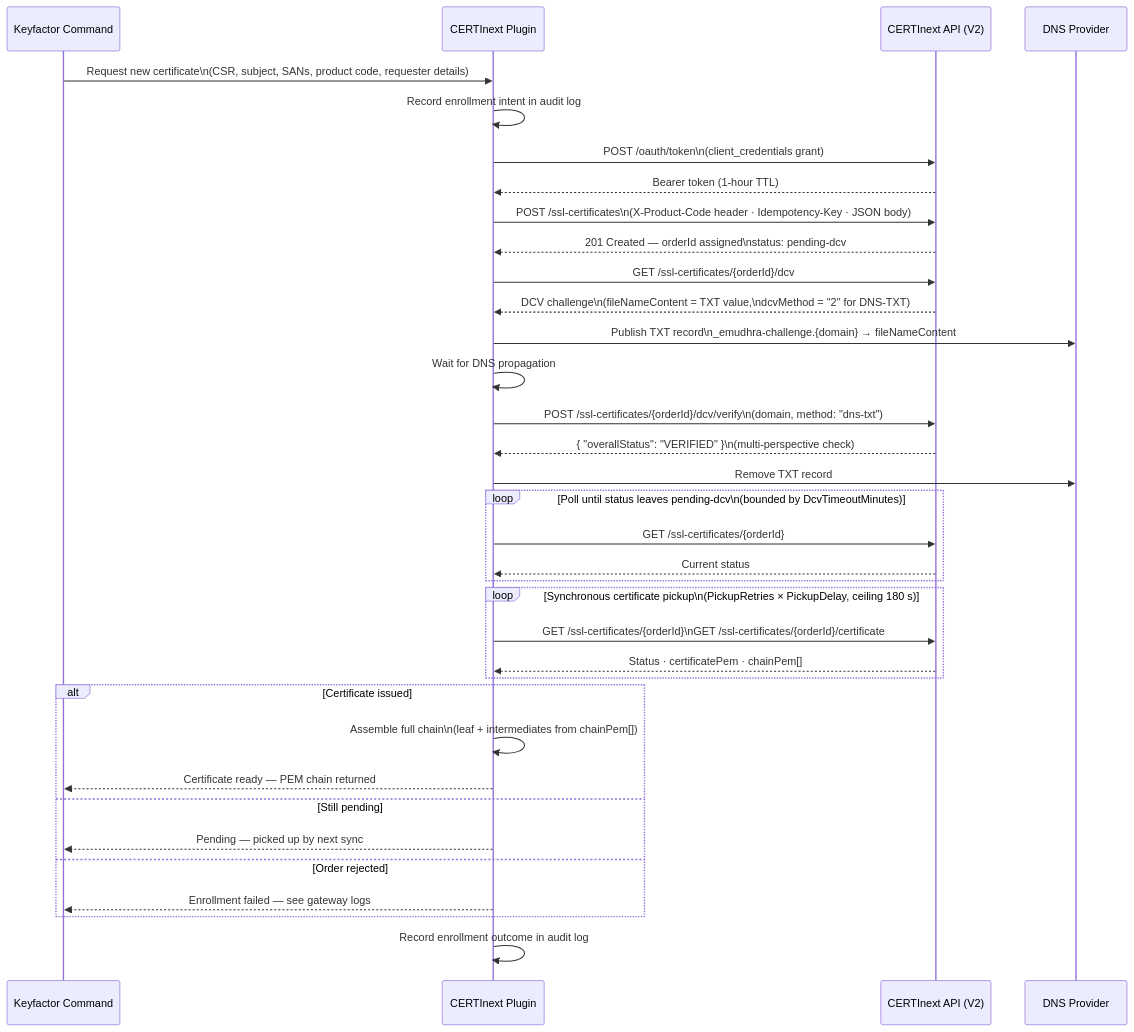
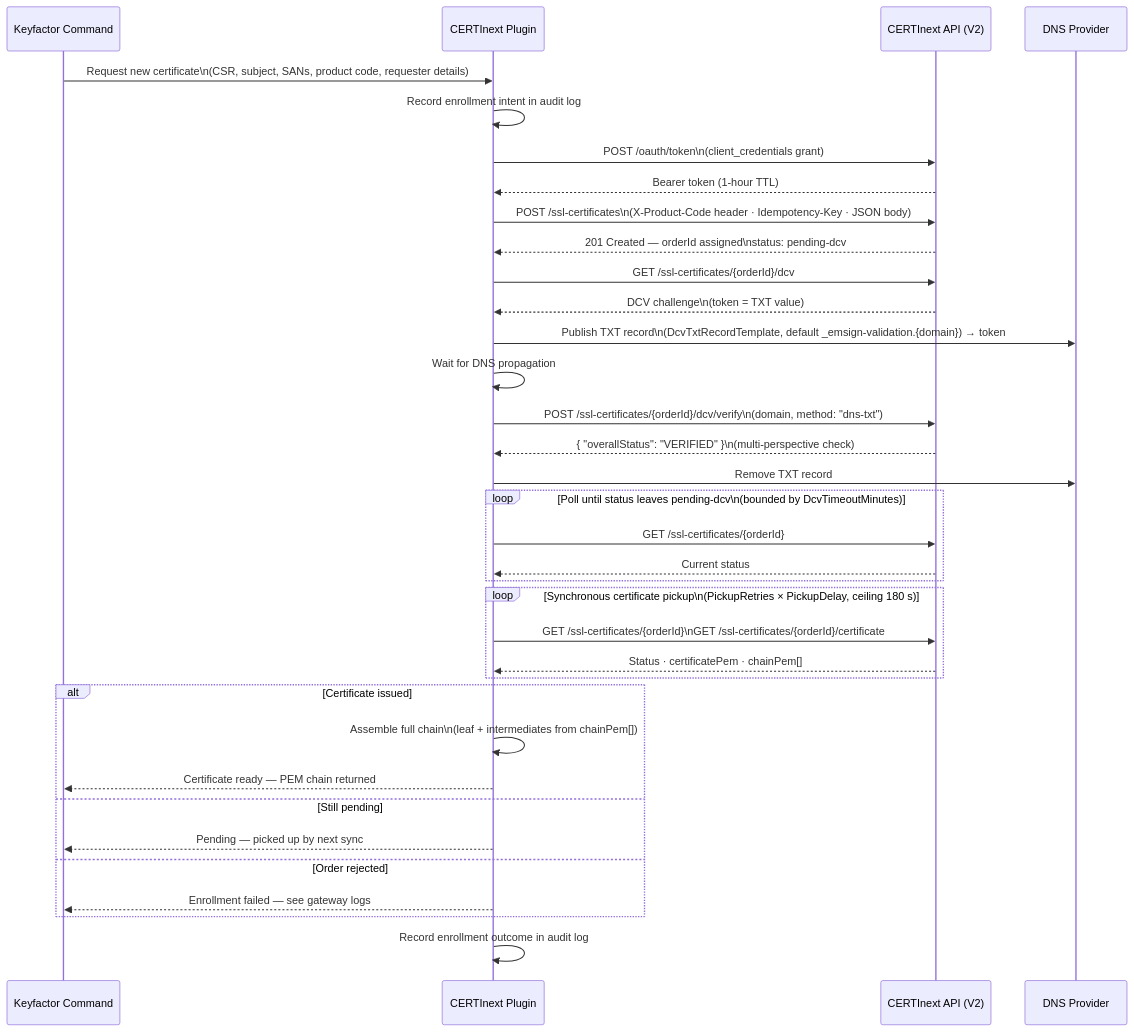
The fifth of 8 diagrams in README.md (Keyfactor/certinext-caplugin), drawn with Mermaid before and after one commit. The commit also changed other lines of this file and 11 other files, not shown here.

````diff
--- a/README.md
+++ b/README.md
@@ -907,48 +894,48 @@
 ```mermaid
 sequenceDiagram
     participant CMD as Keyfactor Command
     participant Plugin as CERTInext Plugin
     participant API as CERTInext API (V2)
     participant DNS as DNS Provider
 
     CMD->>Plugin: Request new certificate\n(CSR, subject, SANs, product code, requester details)
     Plugin->>Plugin: Record enrollment intent in audit log
 
     Plugin->>API: POST /oauth/token\n(client_credentials grant)
     API-->>Plugin: Bearer token (1-hour TTL)
 
     Plugin->>API: POST /ssl-certificates\n(X-Product-Code header · Idempotency-Key · JSON body)
     API-->>Plugin: 201 Created — orderId assigned\nstatus: pending-dcv
 
     Plugin->>API: GET /ssl-certificates/{orderId}/dcv
-    API-->>Plugin: DCV challenge\n(fileNameContent = TXT value,\ndcvMethod = "2" for DNS-TXT)
+    API-->>Plugin: DCV challenge\n(token = TXT value)
 
-    Plugin->>DNS: Publish TXT record\n_emudhra-challenge.{domain} → fileNameContent
+    Plugin->>DNS: Publish TXT record\n(DcvTxtRecordTemplate, default _emsign-validation.{domain}) → token
     Plugin->>Plugin: Wait for DNS propagation
 
     Plugin->>API: POST /ssl-certificates/{orderId}/dcv/verify\n(domain, method: "dns-txt")
     API-->>Plugin: { "overallStatus": "VERIFIED" }\n(multi-perspective check)
 
     Plugin->>DNS: Remove TXT record
 
     loop Poll until status leaves pending-dcv\n(bounded by DcvTimeoutMinutes)
         Plugin->>API: GET /ssl-certificates/{orderId}
         API-->>Plugin: Current status
     end
 
     loop Synchronous certificate pickup\n(PickupRetries × PickupDelay, ceiling 180 s)
         Plugin->>API: GET /ssl-certificates/{orderId}\nGET /ssl-certificates/{orderId}/certificate
         API-->>Plugin: Status · certificatePem · chainPem[]
     end
 
     alt Certificate issued
         Plugin->>Plugin: Assemble full chain\n(leaf + intermediates from chainPem[])
         Plugin-->>CMD: Certificate ready — PEM chain returned
     else Still pending
         Plugin-->>CMD: Pending — picked up by next sync
     else Order rejected
         Plugin-->>CMD: Enrollment failed — see gateway logs
     end
 
     Plugin->>Plugin: Record enrollment outcome in audit log
 ```
````
